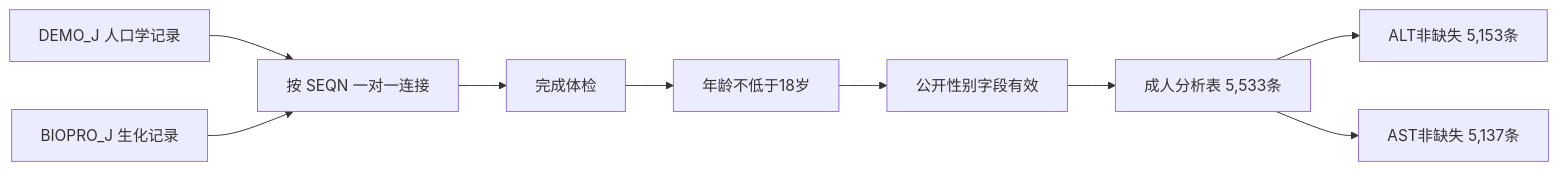
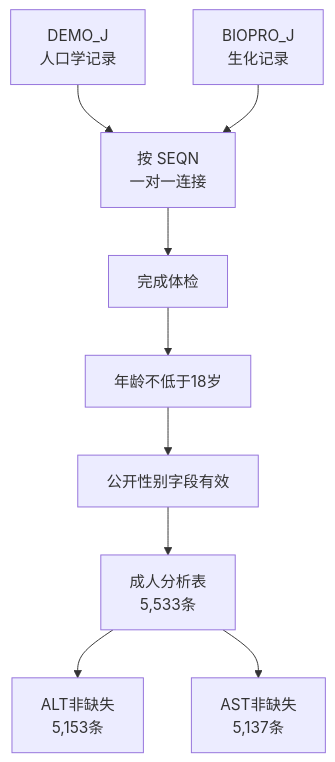
One commit to luvega/AI_MED_DataVis changed the second of 4 diagrams in docs/chapters/chapter-7/index.md. Above: the diagram before and after it, drawn with Mermaid. The commit also changed other lines of this file and 30 other files, not shown here.

Commit message:
Redraw textbook diagrams and correct data-flow relationships

````diff
--- a/docs/chapters/chapter-7/index.md
+++ b/docs/chapters/chapter-7/index.md
@@ -94,11 +97,11 @@
 ```mermaid
-flowchart LR
-  A["DEMO_J 人口学记录"] --> C["按 SEQN 一对一连接"]
-  B["BIOPRO_J 生化记录"] --> C
+flowchart TB
+  A["DEMO_J<br/>人口学记录"] --> C["按 SEQN<br/>一对一连接"]
+  B["BIOPRO_J<br/>生化记录"] --> C
   C --> D["完成体检"]
   D --> E["年龄不低于18岁"]
   E --> F["公开性别字段有效"]
-  F --> G["成人分析表 5,533条"]
-  G --> H["ALT非缺失 5,153条"]
-  G --> I["AST非缺失 5,137条"]
+  F --> G["成人分析表<br/>5,533条"]
+  G --> H["ALT非缺失<br/>5,153条"]
+  G --> I["AST非缺失<br/>5,137条"]
 ```
````
